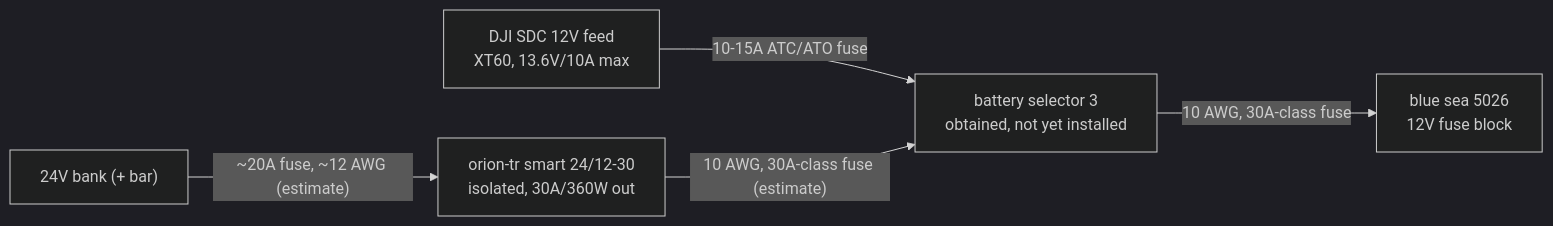
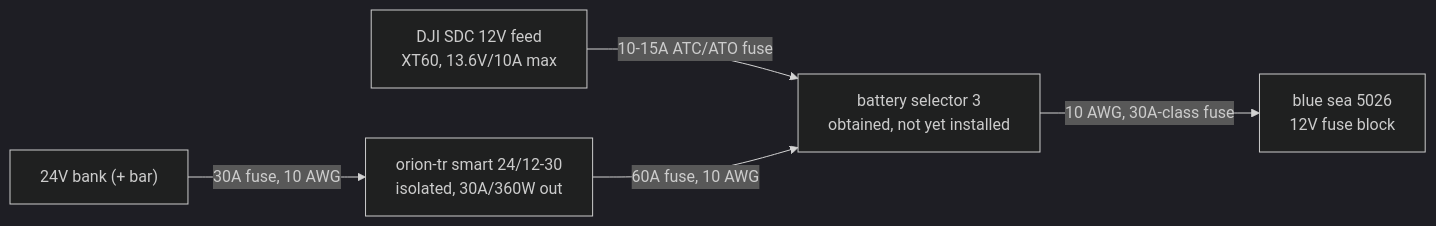
Before and after one commit to timit/vandalia: the fifth of 6 diagrams in electrical/PLAN.md, drawn with Mermaid (dark theme). The commit also changed other lines of this file and 3 other files, not shown here.

````diff
--- a/electrical/PLAN.md
+++ b/electrical/PLAN.md
@@ -242,7 +245,7 @@
 ```mermaid
 flowchart LR
   djisdc["DJI SDC 12V feed<br/>XT60, 13.6V/10A max"] -->|"10-15A ATC/ATO fuse"| s3["battery selector 3<br/>obtained, not yet installed"]
-  bank["24V bank (+ bar)"] -->|"~20A fuse, ~12 AWG (estimate)"| conv["orion-tr smart 24/12-30<br/>isolated, 30A/360W out"]
-  conv -->|"10 AWG, 30A-class fuse (estimate)"| s3
+  bank["24V bank (+ bar)"] -->|"30A fuse, 10 AWG"| conv["orion-tr smart 24/12-30<br/>isolated, 30A/360W out"]
+  conv -->|"60A fuse, 10 AWG"| s3
   s3 -->|"10 AWG, 30A-class fuse"| fb["blue sea 5026<br/>12V fuse block"]
 ```
````
